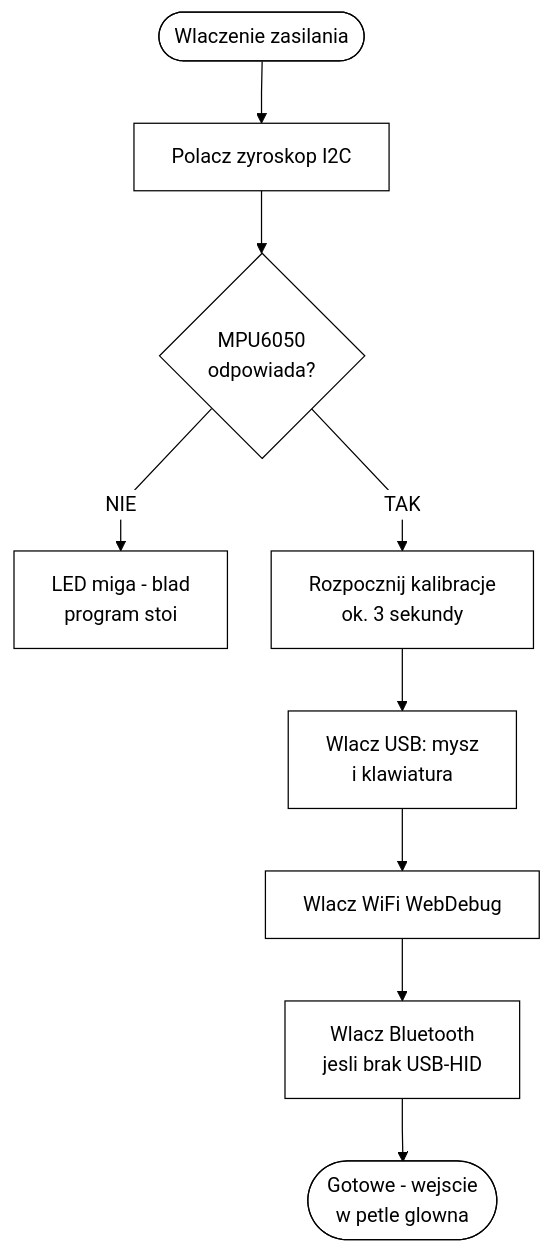
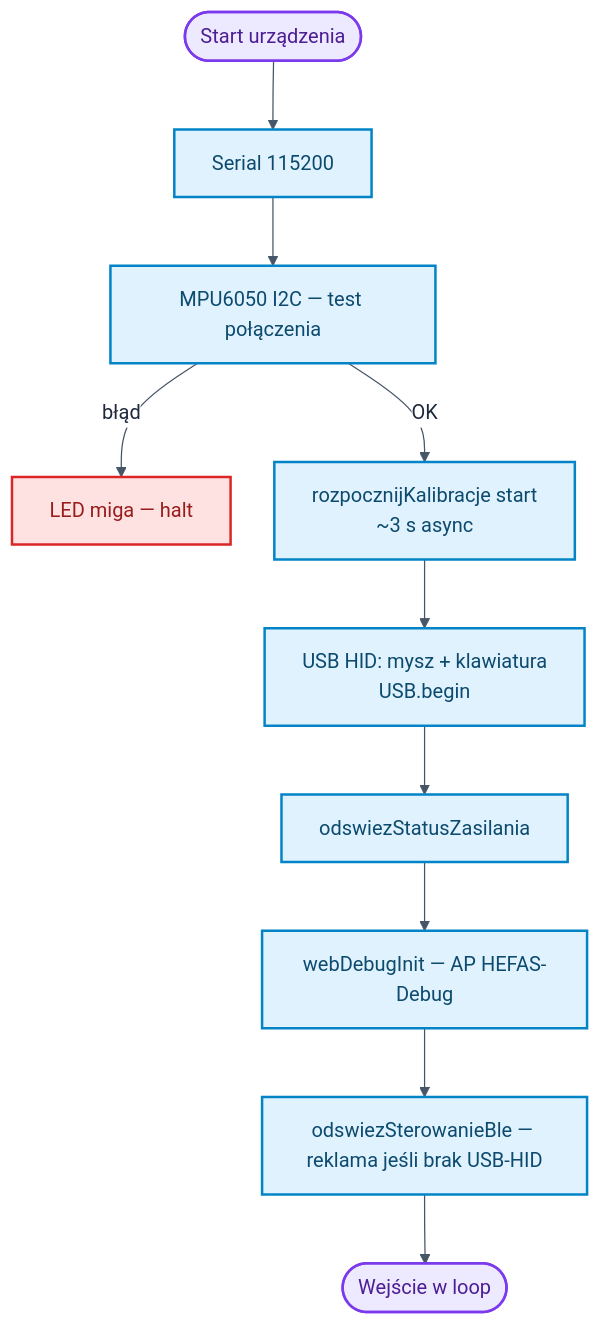
One commit to bartkadres-ai/HEFAS-4.0 changed the second of 10 diagrams in README.md. Above: the diagram before and after it, drawn with Mermaid. The commit also changed other lines of this file, not shown here.

````diff
--- a/README.md
+++ b/README.md
@@ -327,12 +323,20 @@
 ```mermaid
-%%{init: {'theme':'base','themeVariables':{'background':'#ffffff','mainBkg':'#ffffff','primaryColor':'#ffffff','primaryTextColor':'#000000','primaryBorderColor':'#000000','lineColor':'#000000','edgeLabelBackground':'#ffffff'},'flowchart':{'curve':'linear','nodeSpacing':35,'rankSpacing':50}}}%%
+%%{init: {'theme':'base','themeVariables':{'background':'#ffffff','mainBkg':'#ffffff','primaryColor':'#ffffff','primaryTextColor':'#1e293b','primaryBorderColor':'#64748b','lineColor':'#475569','edgeLabelBackground':'#ffffff'},'flowchart':{'curve':'basis','nodeSpacing':35,'rankSpacing':55}}}%%
 flowchart TD
-    S([Wlaczenie zasilania]) --> I2C[Polacz zyroskop I2C]
-    I2C --> T1{MPU6050<br/>odpowiada?}
-    T1 -->|NIE| ERR[LED miga - blad<br/>program stoi]
-    T1 -->|TAK| KAL[Rozpocznij kalibracje<br/>ok. 3 sekundy]
-    KAL --> USB[Wlacz USB: mysz<br/>i klawiatura]
-    USB --> WD[Wlacz WiFi WebDebug]
-    WD --> BLE[Wlacz Bluetooth<br/>jesli brak USB-HID]
-    BLE --> E([Gotowe - wejscie<br/>w petle glowna])
+    S([Start urządzenia]) --> SER[Serial 115200]
+    SER --> I2C[MPU6050 I2C — test połączenia]
+    I2C -->|błąd| BLINK[LED miga — halt]
+    I2C -->|OK| KAL0["rozpocznijKalibracje start<br/>~3 s async"]
+    KAL0 --> USB["USB HID: mysz + klawiatura<br/>USB.begin"]
+    USB --> ZAS0[odswiezStatusZasilania]
+    ZAS0 --> WD[webDebugInit — AP HEFAS-Debug]
+    WD --> BLE0[odswiezSterowanieBle — reklama jeśli brak USB-HID]
+    BLE0 --> E([Wejście w loop])
+
+    classDef startEnd fill:#ede9fe,stroke:#7c3aed,stroke-width:2px,color:#4c1d95
+    classDef process fill:#e0f2fe,stroke:#0284c7,stroke-width:2px,color:#0c4a6e
+    classDef bad fill:#fee2e2,stroke:#dc2626,stroke-width:2px,color:#991b1b
+    class S,E startEnd
+    class SER,I2C,KAL0,USB,ZAS0,WD,BLE0 process
+    class BLINK bad
 ```
````
